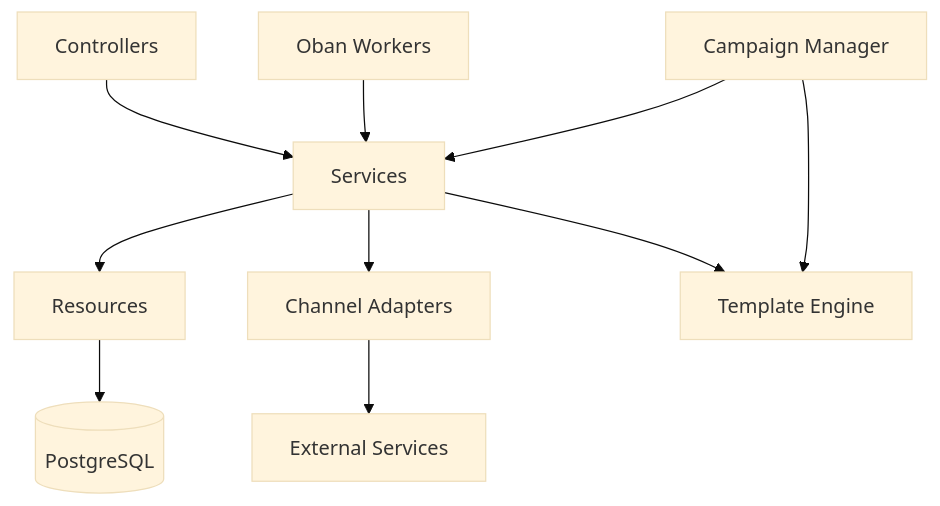
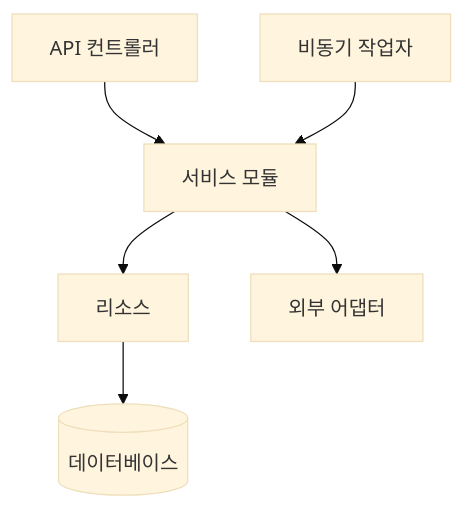
One commit to AutomataOOO/automata_docs changed the second of 2 diagrams in docs/automata-signal/1-guides/GUIDE-002-project-structure.md. Above: the diagram before and after it, drawn with Mermaid (base theme). The commit also changed other lines of this file, not shown here.

````diff
--- a/docs/automata-signal/1-guides/GUIDE-002-project-structure.md
+++ b/docs/automata-signal/1-guides/GUIDE-002-project-structure.md
@@ -306,12 +119,8 @@
 ```mermaid
 graph TD
-    Controllers[Controllers] --> Services[Services]
-    Services --> Resources[Resources]
-    Services --> Adapters[Channel Adapters]
-    Services --> Templates[Template Engine]
-    Workers[Oban Workers] --> Services
-    Campaigns[Campaign Manager] --> Services
-    Campaigns --> Templates
-    Resources --> Database[(PostgreSQL)]
-    Adapters --> ExternalServices[External Services]
+    Controllers[API 컨트롤러] --> Services[서비스 모듈]
+    Services --> Resources[리소스]
+    Services --> Adapters[외부 어댑터]
+    Workers[비동기 작업자] --> Services
+    Resources --> Database[(데이터베이스)]
 ```
````
